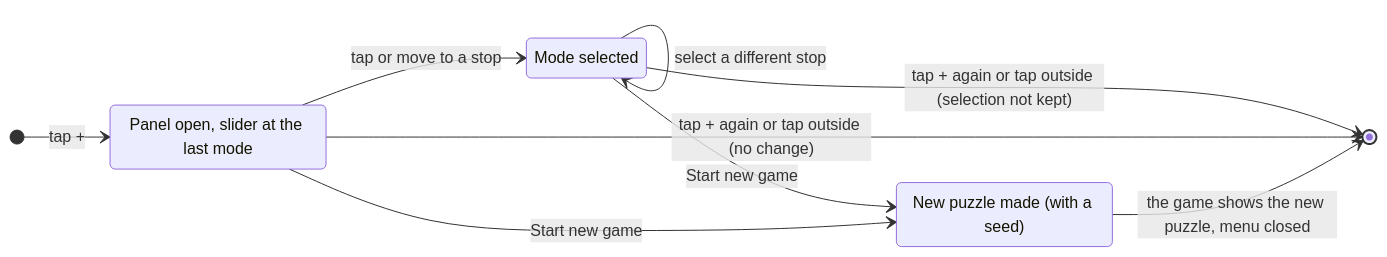
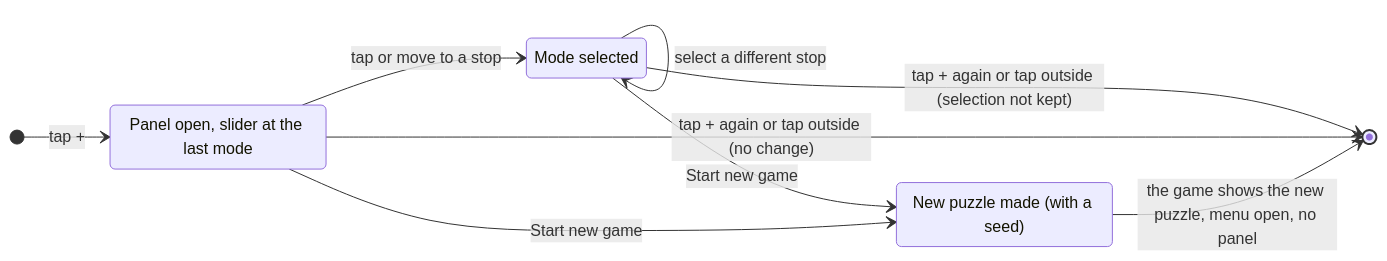
Before and after one commit to garbles/sudoku: diagram 11 of 13 in REQUIREMENTS.md, drawn with Mermaid. The commit also changed other lines of this file and 27 other files, not shown here.

Commit message:
Menu should be open by default. Add more elaborate end-to-end development workflow

````diff
--- a/REQUIREMENTS.md
+++ b/REQUIREMENTS.md
@@ -775,15 +786,15 @@
 ```mermaid
 stateDiagram-v2
     direction LR
     state "Panel open, slider at the last mode" as Open
     state "Mode selected" as Sel
     [*] --> Open: tap +
     Open --> Sel: tap or move to a stop
     Sel --> Sel: select a different stop
     Open --> Generating: Start new game
     Sel --> Generating: Start new game
     state "New puzzle made (with a seed)" as Generating
-    Generating --> [*]: the game shows the new puzzle, menu closed
+    Generating --> [*]: the game shows the new puzzle, menu open, no panel
     Open --> [*]: tap + again or tap outside (no change)
     Sel --> [*]: tap + again or tap outside (selection not kept)
 ```
````
